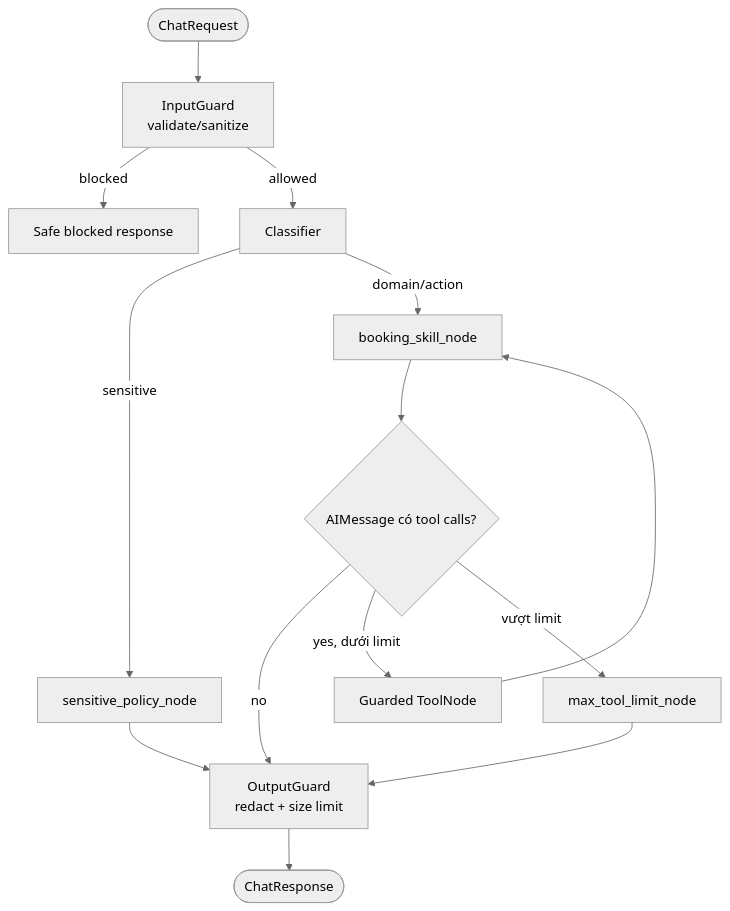
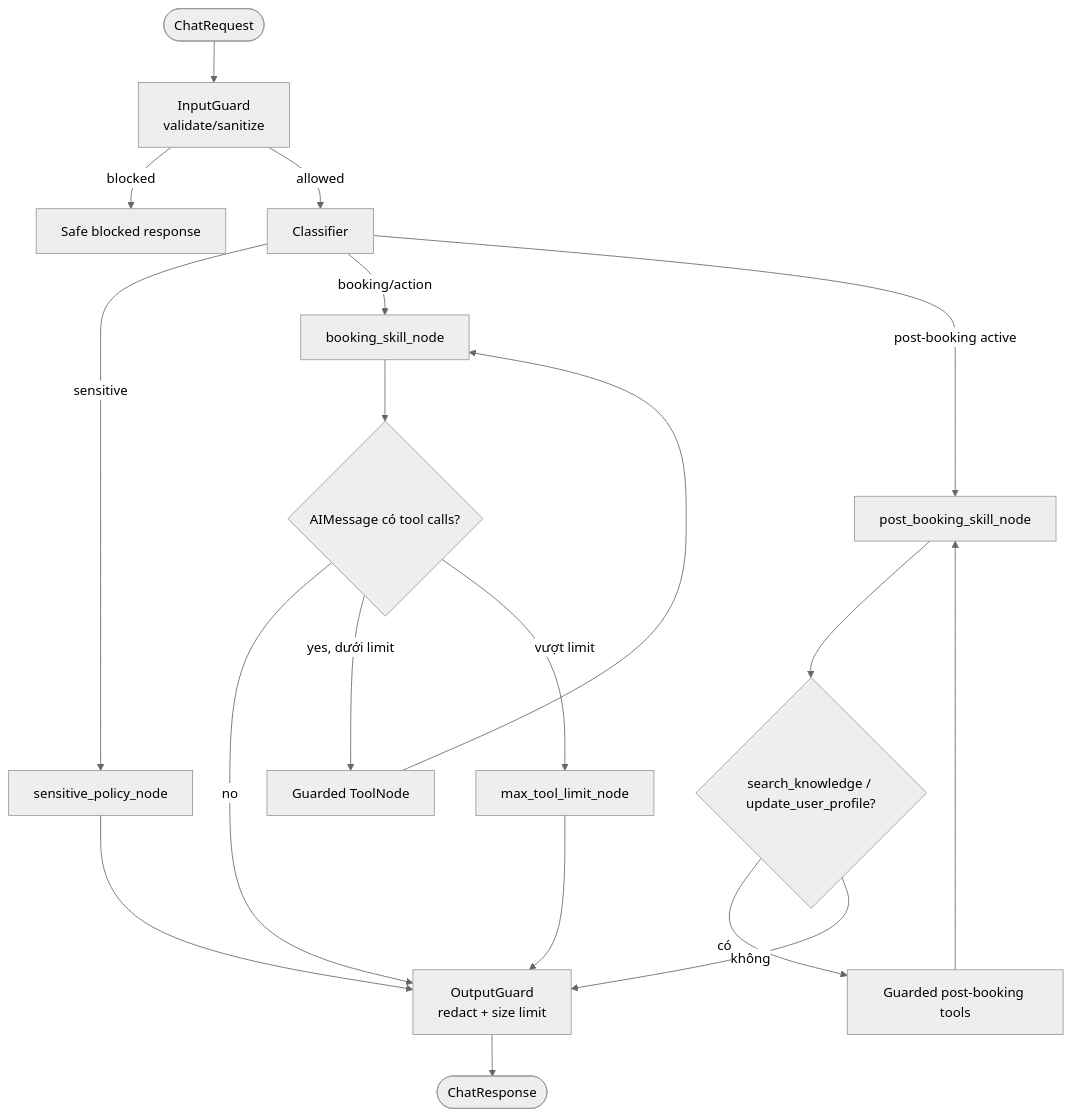
Before and after one commit to haichauht/vinfast-test-drive-booking: the fourth of 4 diagrams in ARCHITECTURE.md, drawn with Mermaid (neutral theme). The commit also changed other lines of this file and 10 other files, not shown here.

````diff
--- a/ARCHITECTURE.md
+++ b/ARCHITECTURE.md
@@ -196,16 +227,20 @@
 ```mermaid
 flowchart TD
     Start([ChatRequest]) --> InGuard["InputGuard\nvalidate/sanitize"]
     InGuard -->|blocked| Reject["Safe blocked response"]
     InGuard -->|allowed| Classifier
     Classifier -->|sensitive| Policy["sensitive_policy_node"]
-    Classifier -->|domain/action| Booking["booking_skill_node"]
+    Classifier -->|booking/action| Booking["booking_skill_node"]
+    Classifier -->|post-booking active| Post["post_booking_skill_node"]
     Booking --> HasTools{"AIMessage có tool calls?"}
     HasTools -->|no| OutGuard["OutputGuard\nredact + size limit"]
     HasTools -->|yes, dưới limit| ToolGuard["Guarded ToolNode"]
     ToolGuard --> Booking
     HasTools -->|vượt limit| Limit["max_tool_limit_node"]
     Policy --> OutGuard
+    Post --> PostTools{"search_knowledge / update_user_profile?"}
+    PostTools -->|có| PostGuard["Guarded post-booking tools"] --> Post
+    PostTools -->|không| OutGuard
     Limit --> OutGuard
     OutGuard --> End([ChatResponse])
 ```
````
